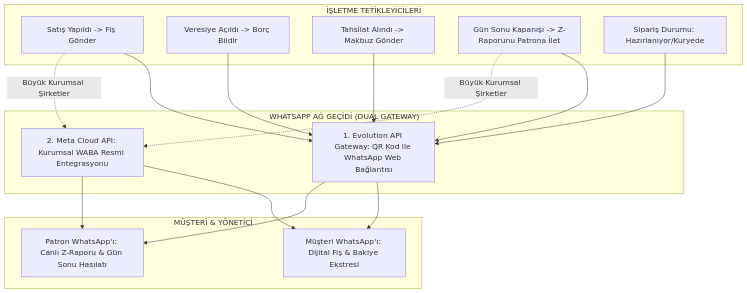
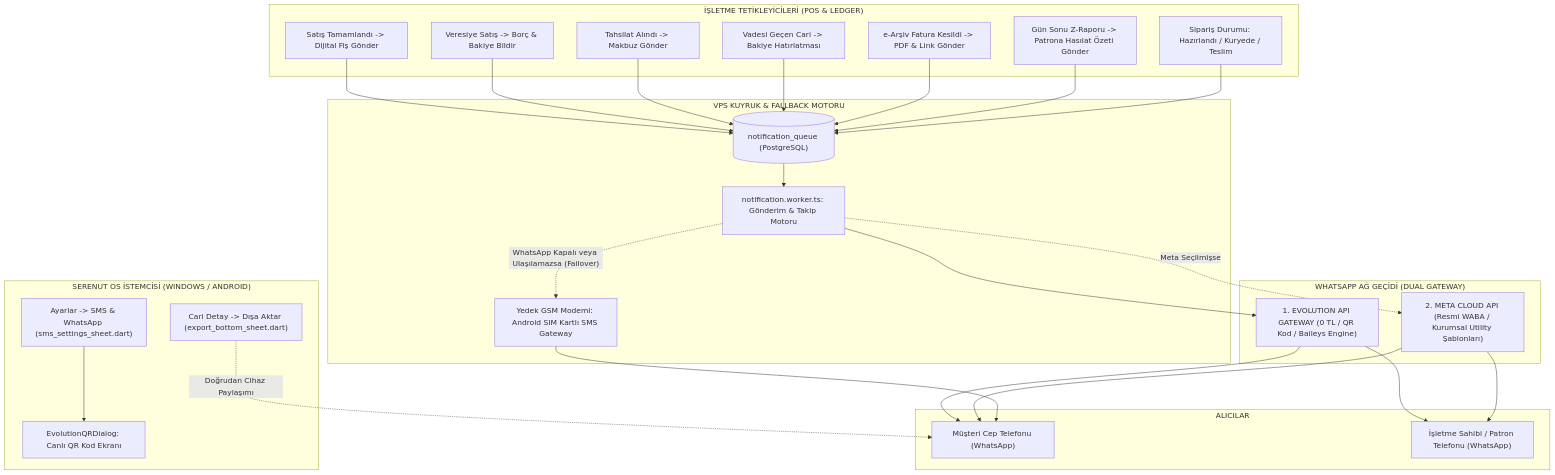
The ninth of 12 diagrams in docs/SERENUT_OS_MASTER_OPERATING_MANUAL.md (mhmtgwn/serenut), drawn with Mermaid before and after one commit. The commit also changed other lines of this file and 1 other file, not shown here.

Commit message:
docs: expand WhatsApp, SIM Gateway, and Web Portal chapters; clean CI test filter

````diff
--- a/docs/SERENUT_OS_MASTER_OPERATING_MANUAL.md
+++ b/docs/SERENUT_OS_MASTER_OPERATING_MANUAL.md
@@ -531,34 +531,55 @@
 ```mermaid
 graph TD
-    subgraph "İŞLETME TETİKLEYİCİLERİ"
-        SaleEvent[Satış Yapıldı -> Fiş Gönder]
-        DebtEvent[Veresiye Açıldı -> Borç Bildir]
-        CollEvent[Tahsilat Alındı -> Makbuz Gönder]
-        ZEvent[Gün Sonu Kapanışı -> Z-Raporunu Patrona İlet]
-        OrderEvent[Sipariş Durumu: Hazırlanıyor/Kuryede]
+    subgraph "İŞLETME TETİKLEYİCİLERİ (POS & LEDGER)"
+        SaleEvent["Satış Tamamlandı -> Dijital Fiş Gönder"]
+        DebtEvent["Veresiye Satış -> Borç & Bakiye Bildir"]
+        CollEvent["Tahsilat Alındı -> Makbuz Gönder"]
+        ReminderEvent["Vadesi Geçen Cari -> Bakiye Hatırlatması"]
+        EArsivEvent["e-Arşiv Fatura Kesildi -> PDF & Link Gönder"]
+        ZEvent["Gün Sonu Z-Raporu -> Patrona Hasılat Özeti Gönder"]
+        OrderEvent["Sipariş Durumu: Hazırlandı / Kuryede / Teslim"]
+    end
+
+    subgraph "SERENUT OS İSTEMCİSİ (WINDOWS / ANDROID)"
+        SettingsUI["Ayarlar -> SMS & WhatsApp (sms_settings_sheet.dart)"]
+        QRModal["EvolutionQRDialog: Canlı QR Kod Ekranı"]
+        ExportSheet["Cari Detay -> Dışa Aktar (export_bottom_sheet.dart)"]
     end
 
     subgraph "WHATSAPP AĞ GEÇİDİ (DUAL GATEWAY)"
-        EvoAPI[1. Evolution API Gateway: QR Kod ile WhatsApp Web Bağlantısı]
-        MetaAPI[2. Meta Cloud API: Kurumsal WABA Resmi Entegrasyonu]
+        EvoAPI["1. EVOLUTION API GATEWAY (0 TL / QR Kod / Baileys Engine)"]
+        MetaAPI["2. META CLOUD API (Resmi WABA / Kurumsal Utility Şablonları)"]
     end
 
-    subgraph "MÜŞTERİ & YÖNETİCİ"
-        CustomerPhone[Müşteri WhatsApp'ı: Dijital Fiş & Bakiye Ekstresi]
-        BossPhone[Patron WhatsApp'ı: Canlı Z-Raporu & Gün Sonu Hasılatı]
+    subgraph "VPS KUYRUK & FALLBACK MOTORU"
+        NotifQueue[("notification_queue (PostgreSQL)")]
+        NotifWorker["notification.worker.ts: Gönderim & Takip Motoru"]
+        SMSFailover["Yedek GSM Modemi: Android SIM Kartlı SMS Gateway"]
     end
 
-    SaleEvent --> EvoAPI
-    DebtEvent --> EvoAPI
-    CollEvent --> EvoAPI
-    ZEvent --> EvoAPI
-    OrderEvent --> EvoAPI
+    subgraph "ALICILAR"
+        CustomerPhone["Müşteri Cep Telefonu (WhatsApp)"]
+        BossPhone["İşletme Sahibi / Patron Telefonu (WhatsApp)"]
+    end
 
-    SaleEvent -. "Büyük Kurumsal Şirketler" .-> MetaAPI
-    ZEvent -. "Büyük Kurumsal Şirketler" .-> MetaAPI
+    SettingsUI --> QRModal
+    SaleEvent --> NotifQueue
+    DebtEvent --> NotifQueue
+    CollEvent --> NotifQueue
+    ReminderEvent --> NotifQueue
+    EArsivEvent --> NotifQueue
+    ZEvent --> NotifQueue
+    OrderEvent --> NotifQueue
+    ExportSheet -. "Doğrudan Cihaz Paylaşımı" .-> CustomerPhone
+
+    NotifQueue --> NotifWorker
+    NotifWorker --> EvoAPI
+    NotifWorker -. "Meta Seçilmişse" .-> MetaAPI
+    NotifWorker -. "WhatsApp Kapalı veya Ulaşılamazsa (Failover)" .-> SMSFailover
 
     EvoAPI --> CustomerPhone
     EvoAPI --> BossPhone
     MetaAPI --> CustomerPhone
     MetaAPI --> BossPhone
+    SMSFailover --> CustomerPhone
 ```
````
